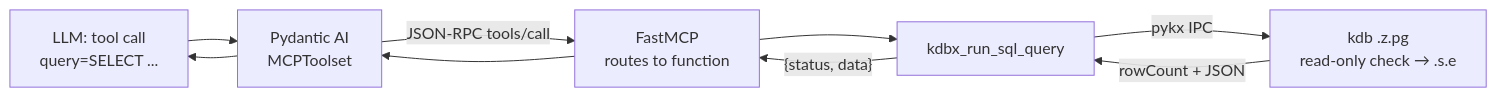
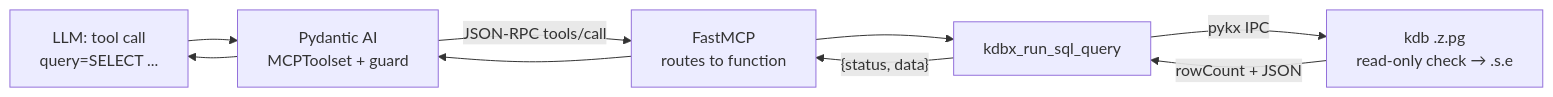
One commit to ronozh/kdb-ai-chat changed the second of 2 diagrams in doc/05-mcp-server.md. Above: the diagram before and after it, drawn with Mermaid. The commit also changed other lines of this file and 10 other files, not shown here.

````diff
--- a/doc/05-mcp-server.md
+++ b/doc/05-mcp-server.md
@@ -164,9 +158,9 @@
 ```mermaid
 flowchart LR
-    L[LLM: tool call<br/>query=SELECT ...] --> P[Pydantic AI<br/>MCPToolset]
+    L[LLM: tool call<br/>query=SELECT ...] --> P[Pydantic AI<br/>MCPToolset + guard]
     P -->|JSON-RPC tools/call| F[FastMCP<br/>routes to function]
     F --> T[kdbx_run_sql_query]
     T -->|pykx IPC| K[kdb .z.pg<br/>read-only check → .s.e]
     K -->|rowCount + JSON| T
     T -->|"{status, data}"| F --> P --> L
 ```
````
